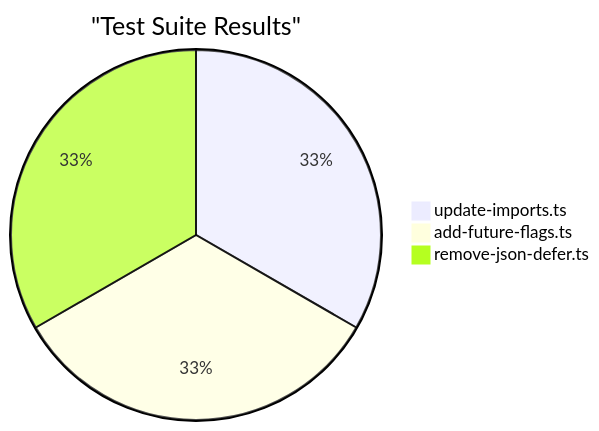
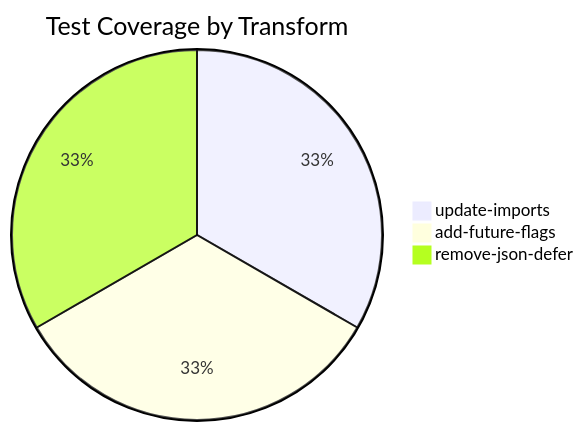
One commit to Ankit-raj-11/react-router-v6-to-v7 changed the fourth of 4 diagrams in README.md. Above: the diagram before and after it, drawn with Mermaid. The commit also changed other lines of this file and 7 other files, not shown here.

````diff
--- a/README.md
+++ b/README.md
@@ -110,6 +308,6 @@
 ```mermaid
-pie title "Test Suite Results"
-    "update-imports.ts" : 100
-    "add-future-flags.ts" : 100
-    "remove-json-defer.ts" : 100
+pie title Test Coverage by Transform
+    "update-imports" : 100
+    "add-future-flags" : 100
+    "remove-json-defer" : 100
 ```
````
